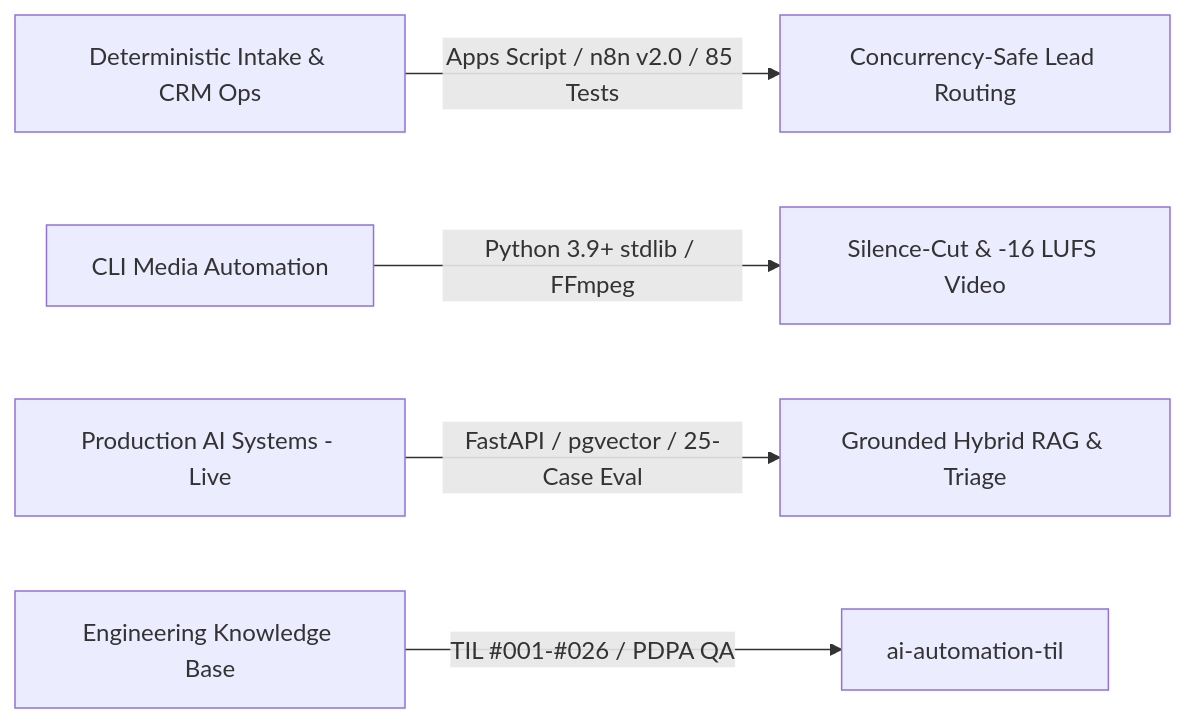
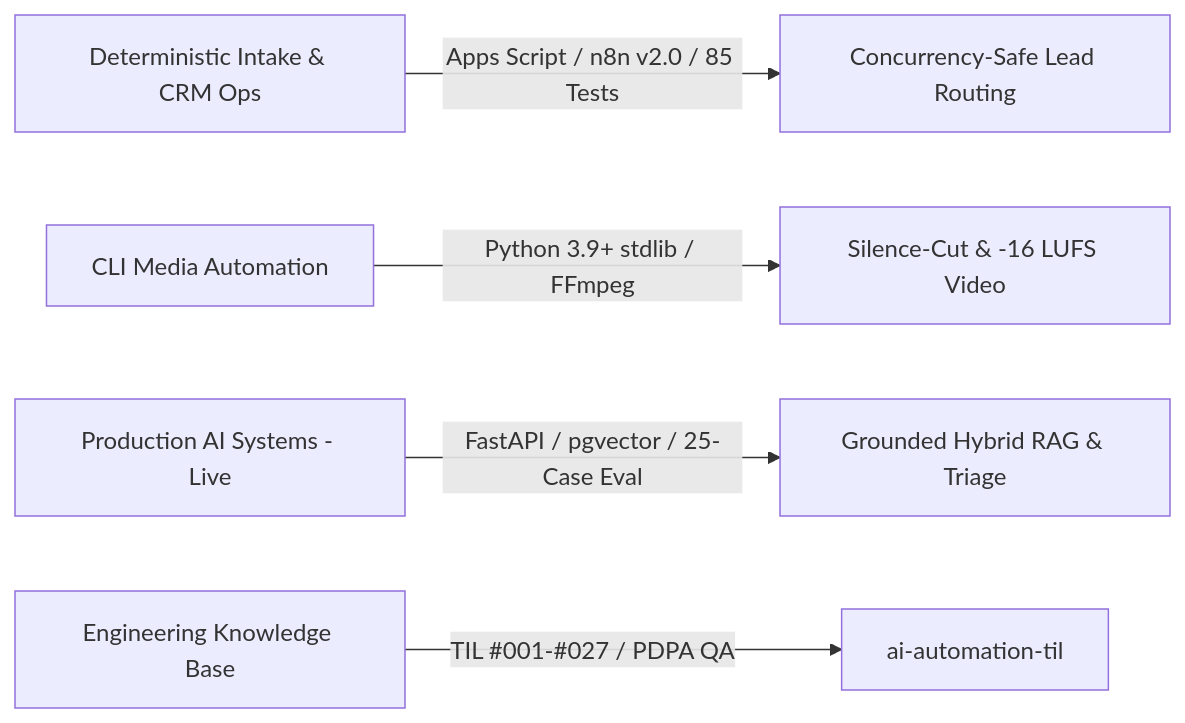
The diagram in README.md (ApecSinlapachai/ApecSinlapachai), drawn with Mermaid before and after one commit. The commit also changed other lines of this file, not shown here.

Commit message:
docs: update TIL count to #001-#027

````diff
--- a/README.md
+++ b/README.md
@@ -57,7 +57,7 @@
 ```mermaid
 flowchart LR
     A[Deterministic Intake & CRM Ops] -->|Apps Script / n8n v2.0 / 85 Tests| B[Concurrency-Safe Lead Routing]
     C[CLI Media Automation] -->|Python 3.9+ stdlib / FFmpeg| D[Silence-Cut & -16 LUFS Video]
     E[Production AI Systems - Live] -->|FastAPI / pgvector / 25-Case Eval| F[Grounded Hybrid RAG & Triage]
-    G[Engineering Knowledge Base] -->|TIL #001-#026 / PDPA QA| H[ai-automation-til]
+    G[Engineering Knowledge Base] -->|TIL #001-#027 / PDPA QA| H[ai-automation-til]
 ```
````
